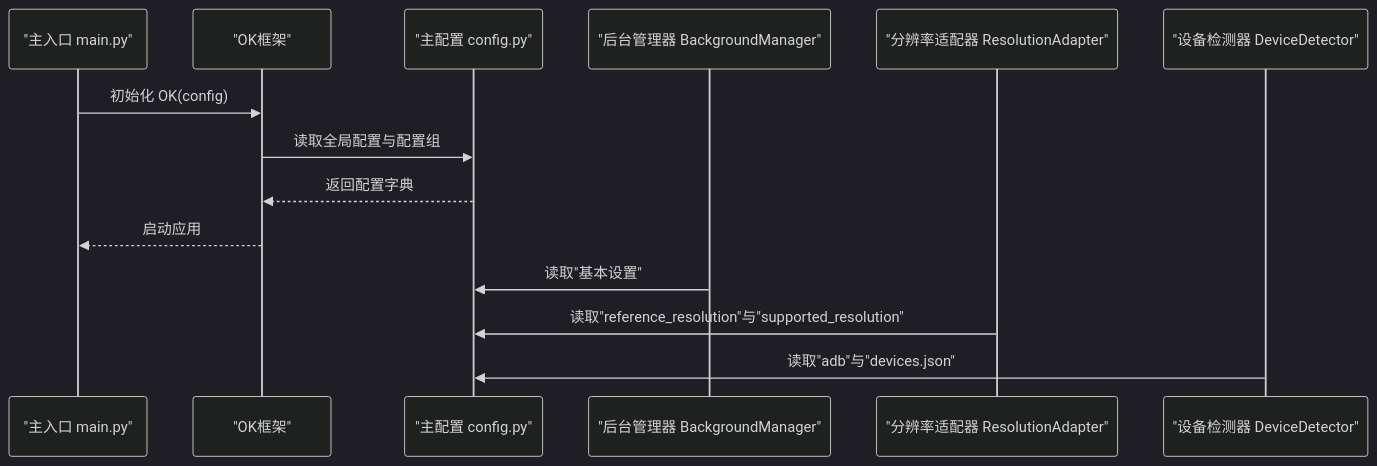
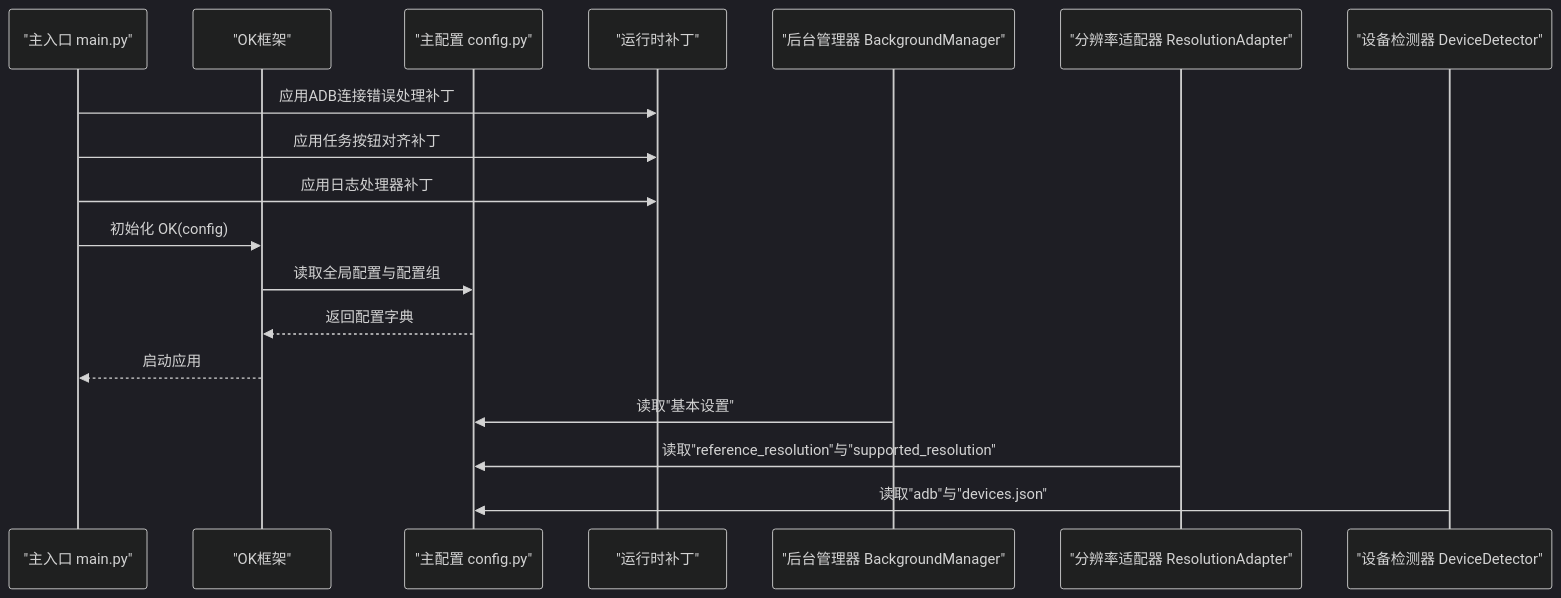
One commit to xsy098-max/ok-jump changed the second of 3 diagrams in .qoder/repowiki/zh/content/配置系统/主配置文件.md. Above: the diagram before and after it, drawn with Mermaid (dark theme). The commit also changed other lines of this file and 22 other files, not shown here.

````diff
--- a/.qoder/repowiki/zh/content/配置系统/主配置文件.md
+++ b/.qoder/repowiki/zh/content/配置系统/主配置文件.md
@@ -158,16 +167,20 @@
 ```mermaid
 sequenceDiagram
 participant Main as "主入口 main.py"
 participant OK as "OK框架"
 participant Cfg as "主配置 config.py"
+participant Patch as "运行时补丁"
 participant BG as "后台管理器 BackgroundManager"
 participant RA as "分辨率适配器 ResolutionAdapter"
 participant Dev as "设备检测器 DeviceDetector"
+Main->>Patch : 应用ADB连接错误处理补丁
+Main->>Patch : 应用任务按钮对齐补丁
+Main->>Patch : 应用日志处理器补丁
 Main->>OK : 初始化 OK(config)
 OK->>Cfg : 读取全局配置与配置组
 Cfg-->>OK : 返回配置字典
 OK-->>Main : 启动应用
 BG->>Cfg : 读取"基本设置"
 RA->>Cfg : 读取"reference_resolution"与"supported_resolution"
 Dev->>Cfg : 读取"adb"与"devices.json"
 ```
````
